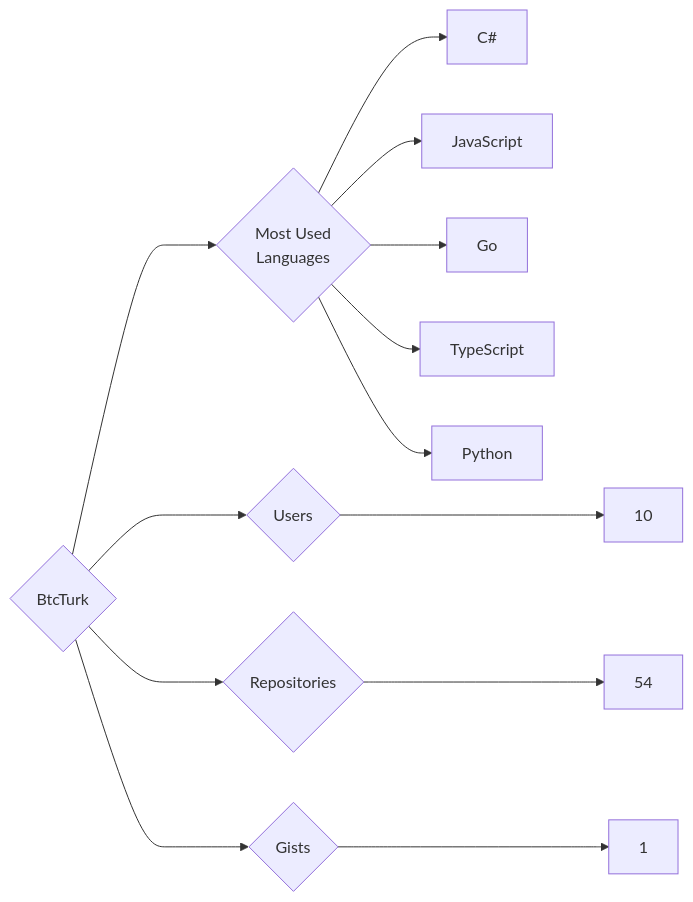
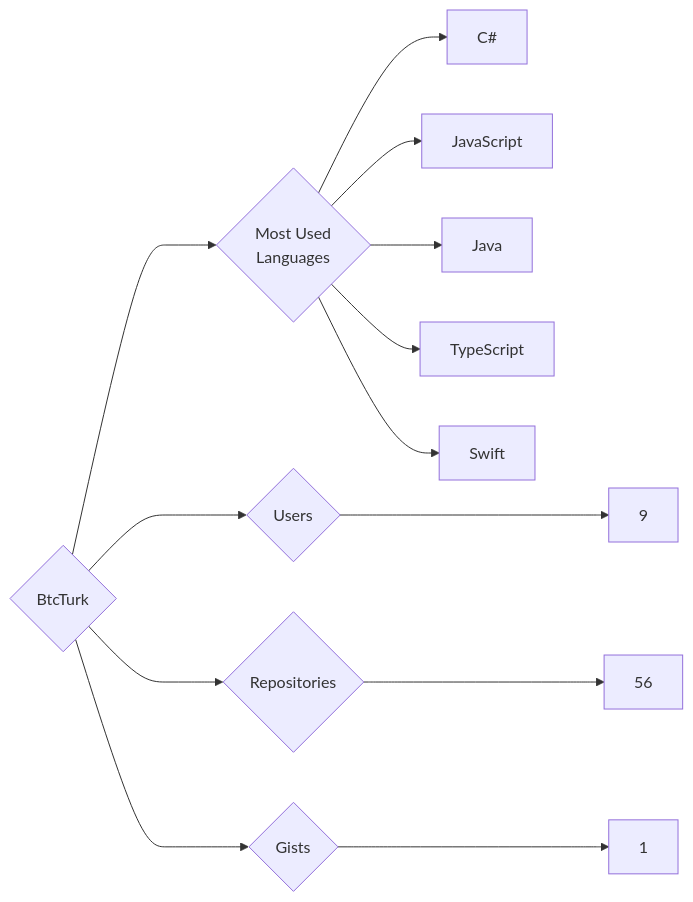
The diagram in targets/BtcTurk/README.md (trickest/insiders), drawn with Mermaid before and after one commit. The commit also changed 682 other files, not shown here.

````diff
--- a/targets/BtcTurk/README.md
+++ b/targets/BtcTurk/README.md
@@ -3,13 +3,13 @@
 ```mermaid
 graph LR
 COMPANY_NAME{BtcTurk}
-COMPANY_NAME ---> U{Users} ---> UN[10]
-COMPANY_NAME ---> R{Repositories} ---> RN[54]
+COMPANY_NAME ---> U{Users} ---> UN[9]
+COMPANY_NAME ---> R{Repositories} ---> RN[56]
 COMPANY_NAME ---> G{Gists} ---> GN[1]
 COMPANY_NAME ---> ML{Most Used<br>Languages}
 ML --> C#[C#]
 ML --> JavaScript[JavaScript]
-ML --> Go[Go]
+ML --> Java[Java]
 ML --> TypeScript[TypeScript]
-ML --> Python[Python]
+ML --> Swift[Swift]
 ```
````
